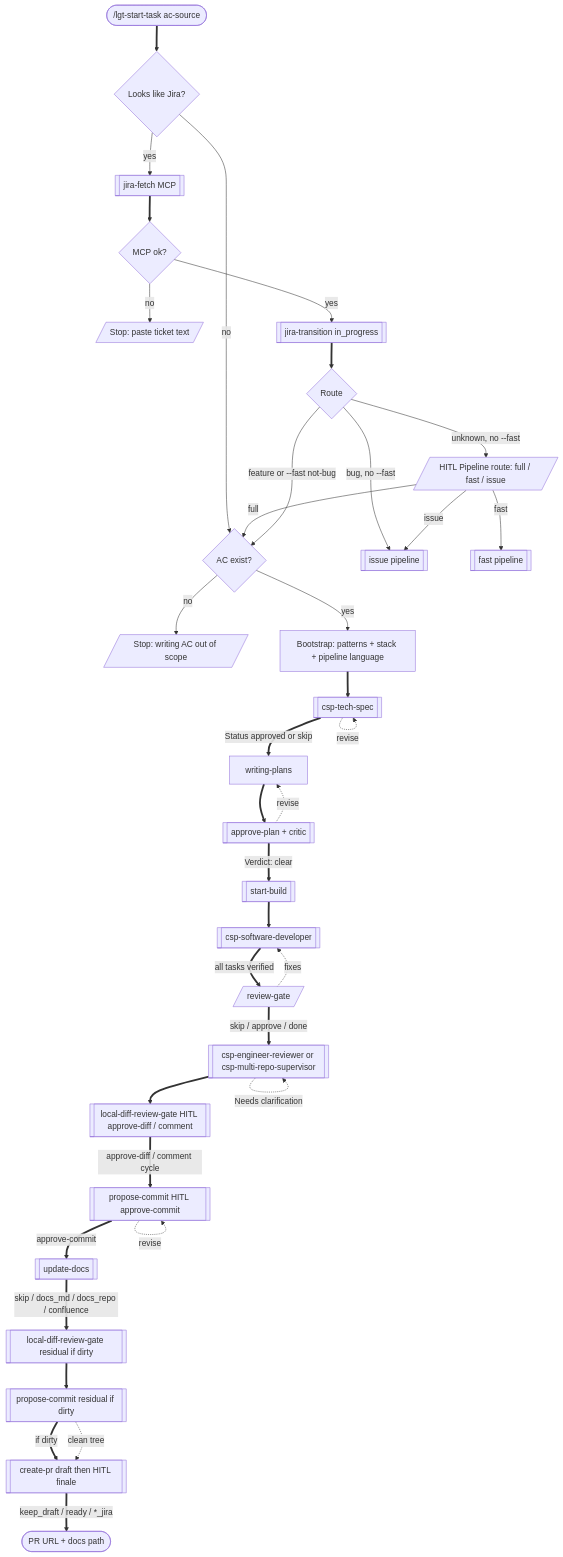
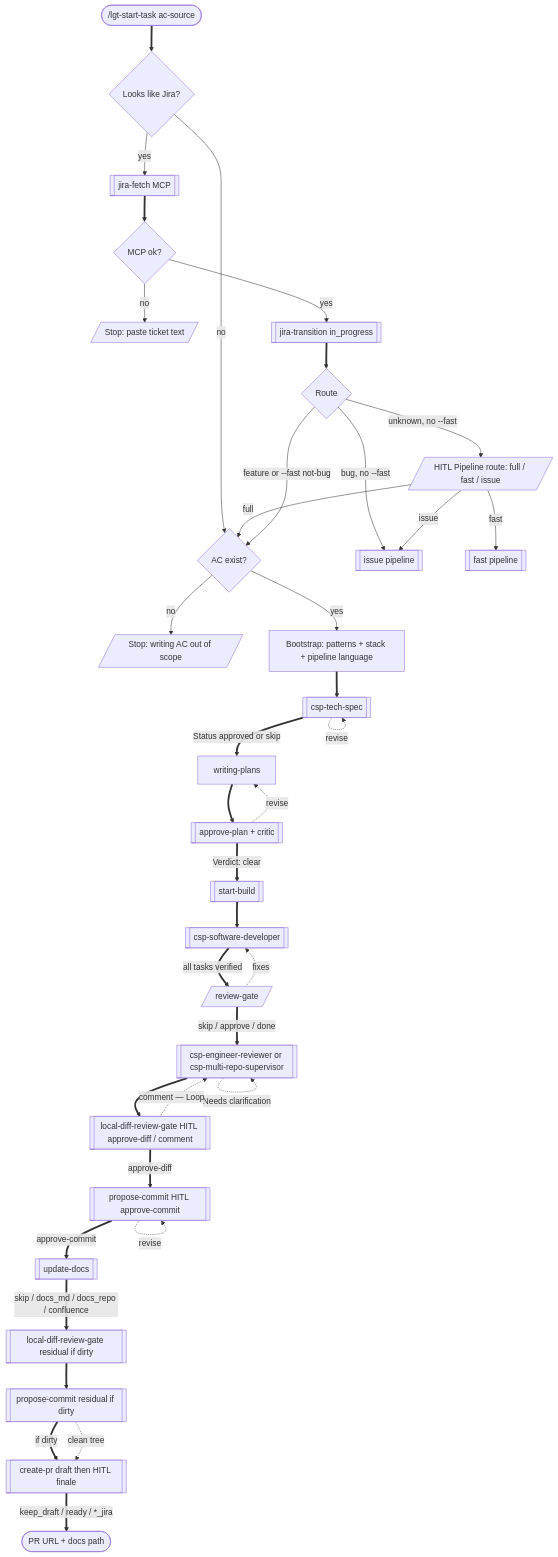
Before and after one commit to a-trembak/loregate: the second of 14 diagrams in docs/superpowers/pipeline-flow.md, drawn with Mermaid. The commit also changed other lines of this file and 30 other files, not shown here.

First line of the commit message:
Engineer-review before Local Diff Loop, plus human-language UI/backend rules (#102)

````diff
--- a/docs/superpowers/pipeline-flow.md
+++ b/docs/superpowers/pipeline-flow.md
@@ -148,64 +148,65 @@
 ```mermaid
 flowchart TD
   startNode(["/lgt-start-task ac-source"])
   looksJira{Looks like Jira?}
   fetch[["jira-fetch MCP"]]
   fetchFail{MCP ok?}
   stopPaste[/"Stop: paste ticket text"/]
   inProgress[["jira-transition in_progress"]]
   route{"Route"}
   hitlRoute[/"HITL Pipeline route: full / fast / issue"/]
   noAc{AC exist?}
   stopNoAc[/"Stop: writing AC out of scope"/]
   bootstrap["Bootstrap: patterns + stack + pipeline language"]
   techSpec[["csp-tech-spec"]]
   planWrite["writing-plans"]
   approvePlan[["approve-plan + critic"]]
   startBuild[["start-build"]]
   softwareDev[["csp-software-developer"]]
   reviewGate[/"review-gate"/]
   engReview[["csp-engineer-reviewer or csp-multi-repo-supervisor"]]
   localDiffGate[["local-diff-review-gate HITL approve-diff / comment"]]
   proposeCommit[["propose-commit HITL approve-commit"]]
   updateDocs[["update-docs"]]
   localDiffGate2[["local-diff-review-gate residual if dirty"]]
   proposeCommit2[["propose-commit residual if dirty"]]
   createPr[["create-pr draft then HITL finale"]]
   doneNode(["PR URL + docs path"])
 
   startNode ==> looksJira
   looksJira -->|"yes"| fetch
   looksJira -->|"no"| noAc
   fetch ==> fetchFail
   fetchFail -->|"no"| stopPaste
   fetchFail -->|"yes"| inProgress
   inProgress ==> route
   route -->|"bug, no --fast"| issuePipe[["issue pipeline"]]
   route -->|"unknown, no --fast"| hitlRoute
   hitlRoute -->|"full"| noAc
   hitlRoute -->|"fast"| fastPipe[["fast pipeline"]]
   hitlRoute -->|"issue"| issuePipe
   route -->|"feature or --fast not-bug"| noAc
   noAc -->|"no"| stopNoAc
   noAc -->|"yes"| bootstrap
   bootstrap ==> techSpec
   techSpec ==>|"Status approved or skip"| planWrite
   techSpec -.->|"revise"| techSpec
   planWrite ==> approvePlan
   approvePlan -.->|"revise"| planWrite
   approvePlan ==>|"Verdict: clear"| startBuild
   startBuild ==> softwareDev
   softwareDev ==>|"all tasks verified"| reviewGate
   reviewGate -.->|"fixes"| softwareDev
   reviewGate ==>|"skip / approve / done"| engReview
   engReview -.->|"Needs clarification"| engReview
   engReview ==> localDiffGate
-  localDiffGate ==>|"approve-diff / comment cycle"| proposeCommit
+  localDiffGate ==>|"approve-diff"| proposeCommit
+  localDiffGate -.->|"comment — Loop"| engReview
   proposeCommit ==>|"approve-commit"| updateDocs
   proposeCommit -.->|"revise"| proposeCommit
   updateDocs ==>|"skip / docs_md / docs_repo / confluence"| localDiffGate2
   localDiffGate2 ==> proposeCommit2
   proposeCommit2 ==>|"if dirty"| createPr
   proposeCommit2 -.->|"clean tree"| createPr
   createPr ==>|"keep_draft / ready / *_jira"| doneNode
 ```
````
